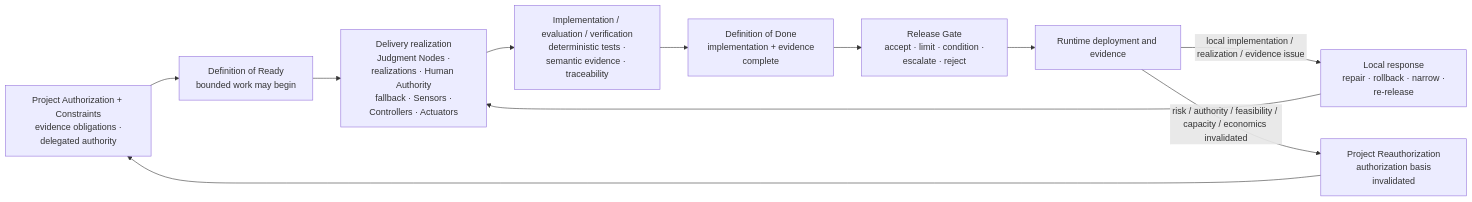
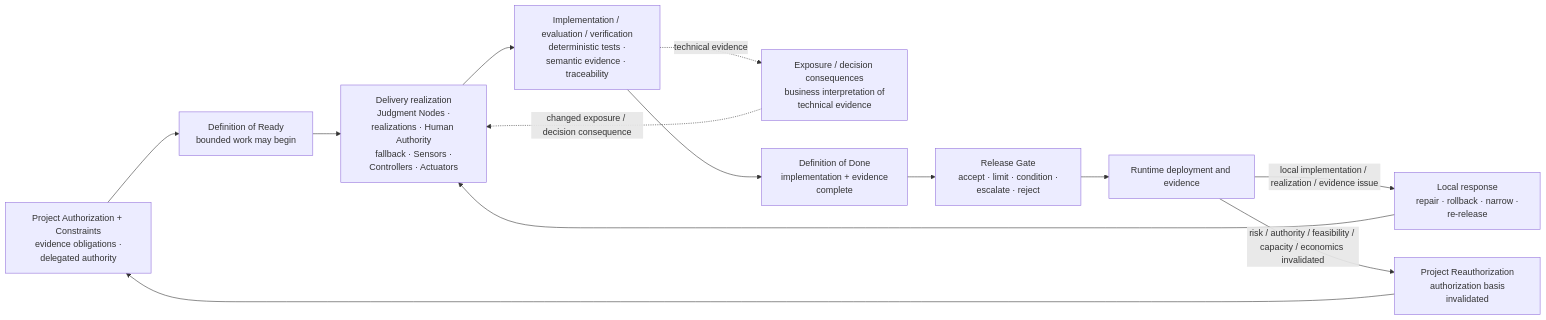
Diagram 12 of 15 in content/research/notes/open-engineering-specification-article-draft.md (UncertaintyArchitectureGroup/uncertainty-architecture), drawn with Mermaid before and after one commit. The commit also changed other lines of this file and 1 other file, not shown here.

Commit message:
docs(research): align Section 4 figure semantics

````diff
--- a/content/research/notes/open-engineering-specification-article-draft.md
+++ b/content/research/notes/open-engineering-specification-article-draft.md
@@ -662,16 +663,19 @@
 ```mermaid
 flowchart LR
     P["Project Authorization + Constraints<br/> evidence obligations · delegated authority"]
     R["Definition of Ready<br/> bounded work may begin"]
     ENG["Delivery realization<br/> Judgment Nodes · realizations · Human Authority<br/> fallback · Sensors · Controllers · Actuators"]
     VER["Implementation / evaluation / verification<br/> deterministic tests · semantic evidence · traceability"]
+    BIZ["Exposure / decision consequences<br/> business interpretation of technical evidence"]
     D["Definition of Done<br/> implementation + evidence complete"]
     G["Release Gate<br/> accept · limit · condition · escalate · reject"]
     RUN["Runtime deployment and evidence"]
     LOCAL["Local response<br/> repair · rollback · narrow · re-release"]
     REAUTH["Project Reauthorization<br/> authorization basis invalidated"]
 
     P --> R --> ENG --> VER --> D --> G --> RUN
+    VER -.->|technical evidence| BIZ
+    BIZ -.->|changed exposure / decision consequence| ENG
     RUN -->|local implementation / realization / evidence issue| LOCAL --> ENG
     RUN -->|risk / authority / feasibility / capacity / economics invalidated| REAUTH --> P
 ```
````
